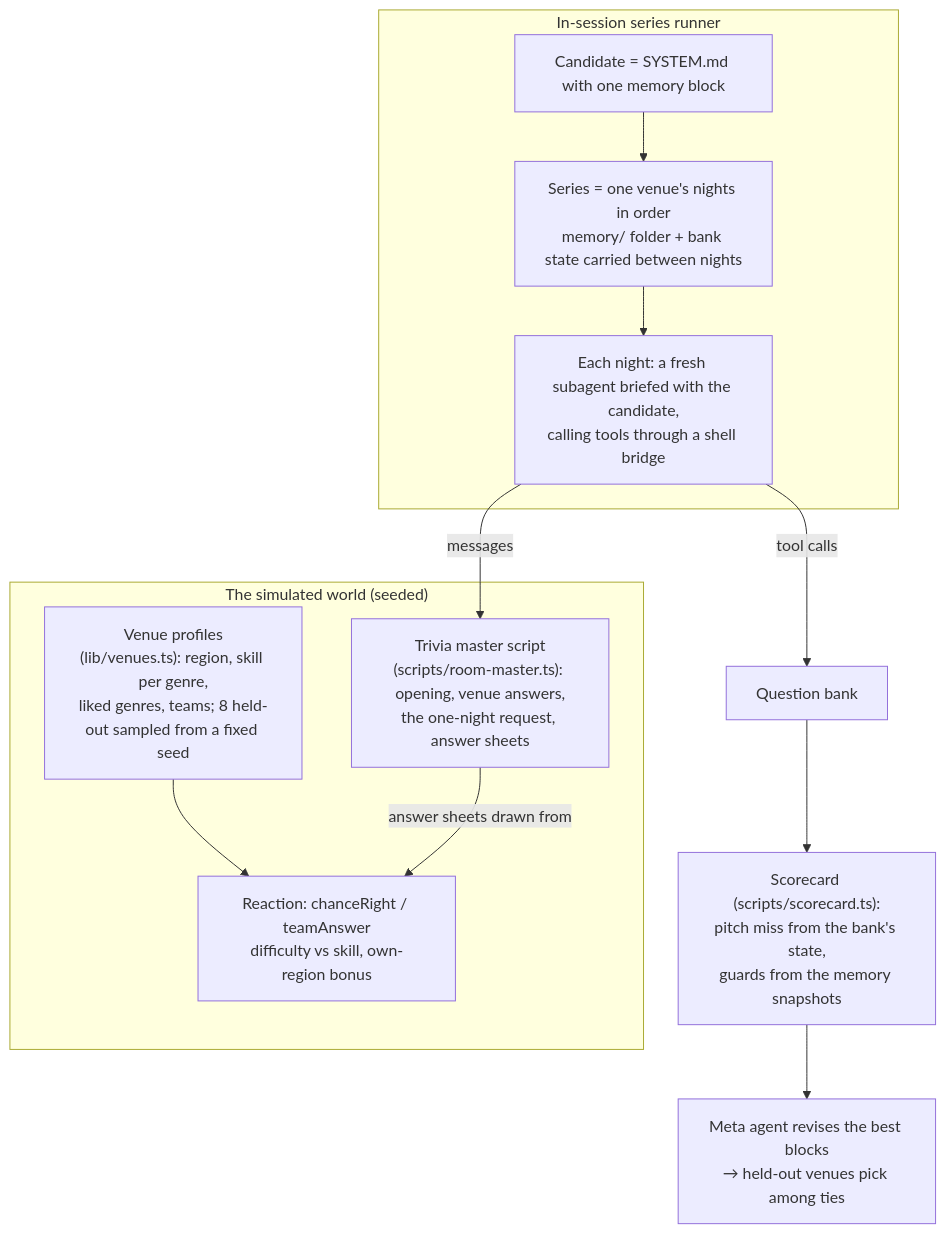
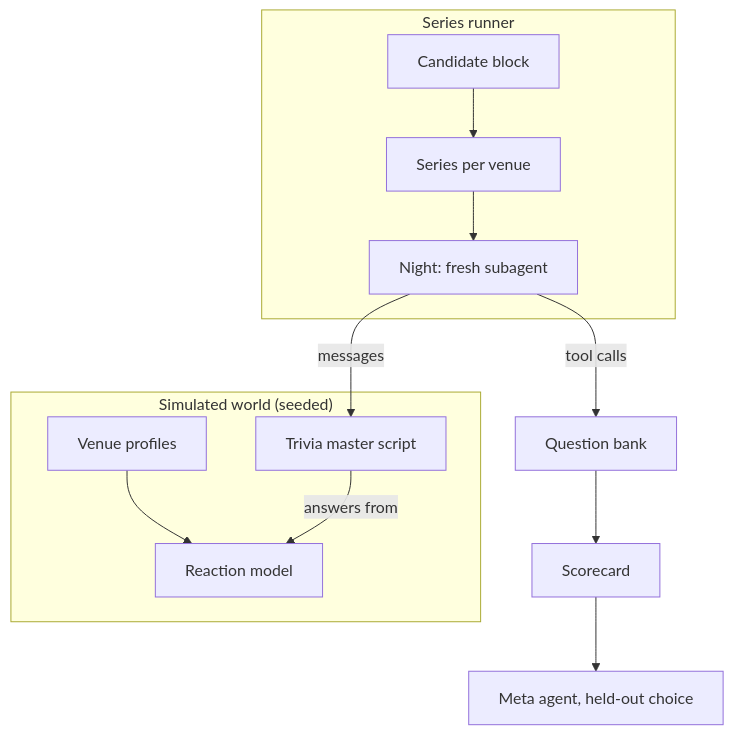
The third of 3 diagrams in examples/trivia-night/ARCHITECTURE.md (introspection-org/introspection-js-sdk), drawn with Mermaid before and after one commit. The commit also changed other lines of this file, not shown here.

First line of the commit message:
docs(examples): trivia-night diagrams use short labels, with a legend and notes beside each

````diff
--- a/examples/trivia-night/ARCHITECTURE.md
+++ b/examples/trivia-night/ARCHITECTURE.md
@@ -61,20 +93,20 @@
 ```mermaid
 flowchart TB
-  subgraph World["The simulated world (seeded)"]
-    V["Venue profiles<br/>(lib/venues.ts): region, skill per genre,<br/>liked genres, teams; 8 held-out sampled from a fixed seed"]
-    R["Reaction: chanceRight / teamAnswer<br/>difficulty vs skill, own-region bonus"]
-    RM["Trivia master script<br/>(scripts/room-master.ts): opening, venue answers,<br/>the one-night request, answer sheets"]
+  subgraph World["Simulated world (seeded)"]
+    V["Venue profiles"]
+    R["Reaction model"]
+    RM["Trivia master script"]
     V --> R
   end
-  subgraph Runner["In-session series runner"]
-    C["Candidate = SYSTEM.md with one memory block"]
-    S["Series = one venue's nights in order<br/>memory/ folder + bank state carried between nights"]
-    N["Each night: a fresh subagent briefed with the candidate,<br/>calling tools through a shell bridge"]
+  subgraph Runner["Series runner"]
+    C["Candidate block"]
+    S["Series per venue"]
+    N["Night: fresh subagent"]
     C --> S --> N
   end
   N -- "tool calls" --> B2["Question bank"]
   N -- "messages" --> RM
-  RM -- "answer sheets drawn from" --> R
-  B2 --> SC["Scorecard (scripts/scorecard.ts):<br/>pitch miss from the bank's state,<br/>guards from the memory snapshots"]
-  SC --> MA["Meta agent revises the best blocks<br/>→ held-out venues pick among ties"]
+  RM -- "answers from" --> R
+  B2 --> SC["Scorecard"]
+  SC --> MA["Meta agent, held-out choice"]
 ```
````
